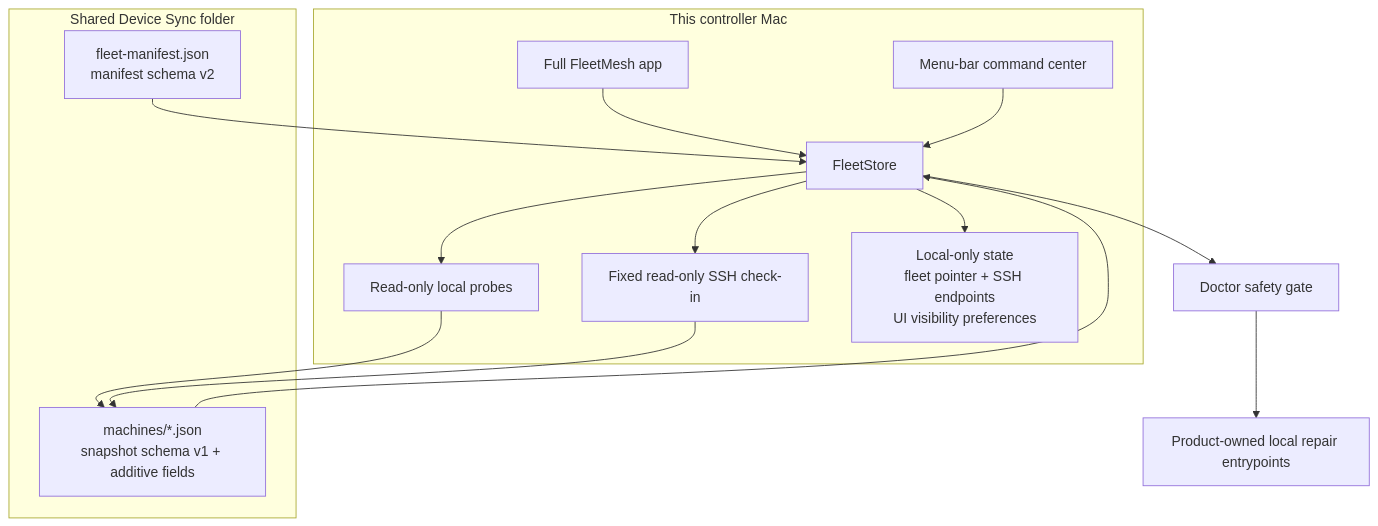
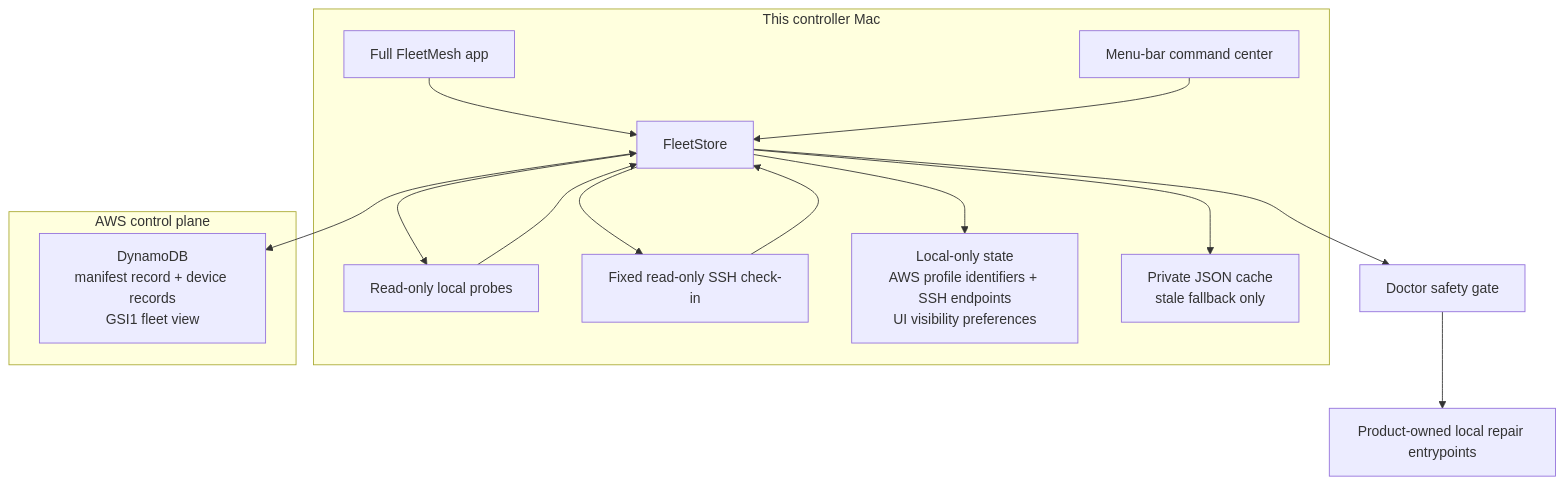
One commit to pstarkgit/FleetMesh changed the diagram in docs/ARCHITECTURE.md. Above: the diagram before and after it, drawn with Mermaid. The commit also changed other lines of this file and 46 other files, not shown here.

First line of the commit message:
feat: Add DynamoDB fleet control plane

````diff
--- a/docs/ARCHITECTURE.md
+++ b/docs/ARCHITECTURE.md
@@ -10,22 +10,21 @@
 ```mermaid
 flowchart TB
     subgraph Local[This controller Mac]
       UI[Full FleetMesh app] --> Store[FleetStore]
       Bar[Menu-bar command center] --> Store
       Store --> LocalProbe[Read-only local probes]
       Store --> SSH[Fixed read-only SSH check-in]
-      Store --> LocalState[Local-only state\nfleet pointer + SSH endpoints\nUI visibility preferences]
+      Store --> LocalState[Local-only state\nAWS profile identifiers + SSH endpoints\nUI visibility preferences]
+      Store --> Cache[Private JSON cache\nstale fallback only]
     end
 
-    subgraph Shared[Shared Device Sync folder]
-      Manifest[fleet-manifest.json\nmanifest schema v2]
-      Machines[machines/*.json\nsnapshot schema v1 + additive fields]
+    subgraph Shared[AWS control plane]
+      DDB[DynamoDB\nmanifest record + device records\nGSI1 fleet view]
     end
 
-    LocalProbe --> Machines
-    SSH --> Machines
-    Manifest --> Store
-    Machines --> Store
+    LocalProbe --> Store
+    SSH --> Store
+    Store <--> DDB
     Store --> Doctor[Doctor safety gate]
     Doctor --> Entrypoints[Product-owned local repair entrypoints]
 ```
````
